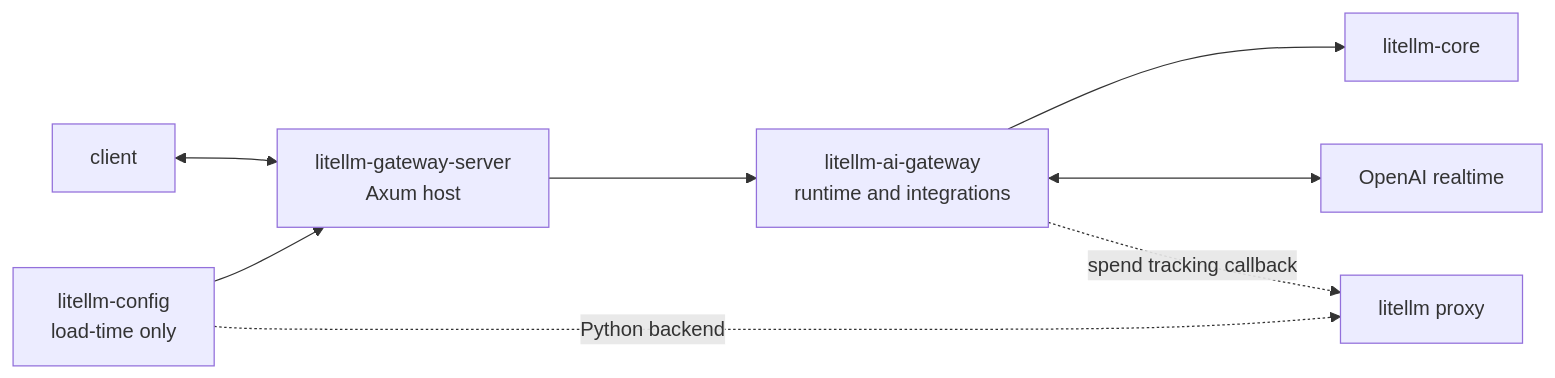
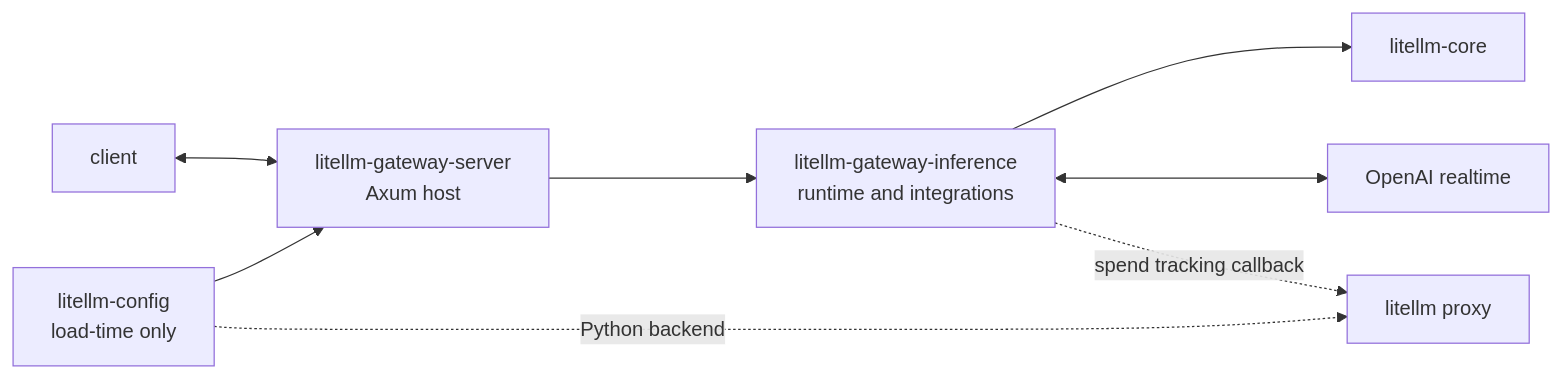
One commit to BerriAI/litellm changed the diagram in litellm-rust/crates/gateway-server/ARCHITECTURE.md. Above: the diagram before and after it, drawn with Mermaid. The commit also changed other lines of this file and 69 other files, not shown here.

Commit message:
refactor(rust): replace ai gateway with inference crate

````diff
--- a/litellm-rust/crates/gateway-server/ARCHITECTURE.md
+++ b/litellm-rust/crates/gateway-server/ARCHITECTURE.md
@@ -7,10 +8,10 @@
 ```mermaid
 flowchart LR
   C[client] <--> S[litellm-gateway-server<br/>Axum host]
-  S --> G[litellm-ai-gateway<br/>runtime and integrations]
+  S --> G[litellm-gateway-inference<br/>runtime and integrations]
   G --> K[litellm-core]
   G <--> O[OpenAI realtime]
   G -. spend tracking callback .-> P[litellm proxy]
   F[litellm-config<br/>load-time only] --> S
   F -. Python backend .-> P
 ```
````
